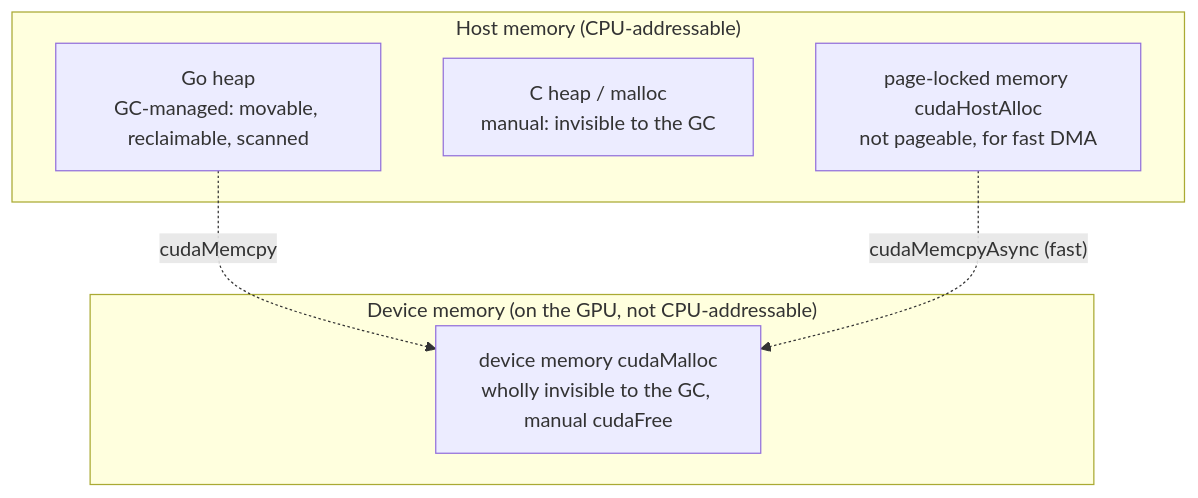
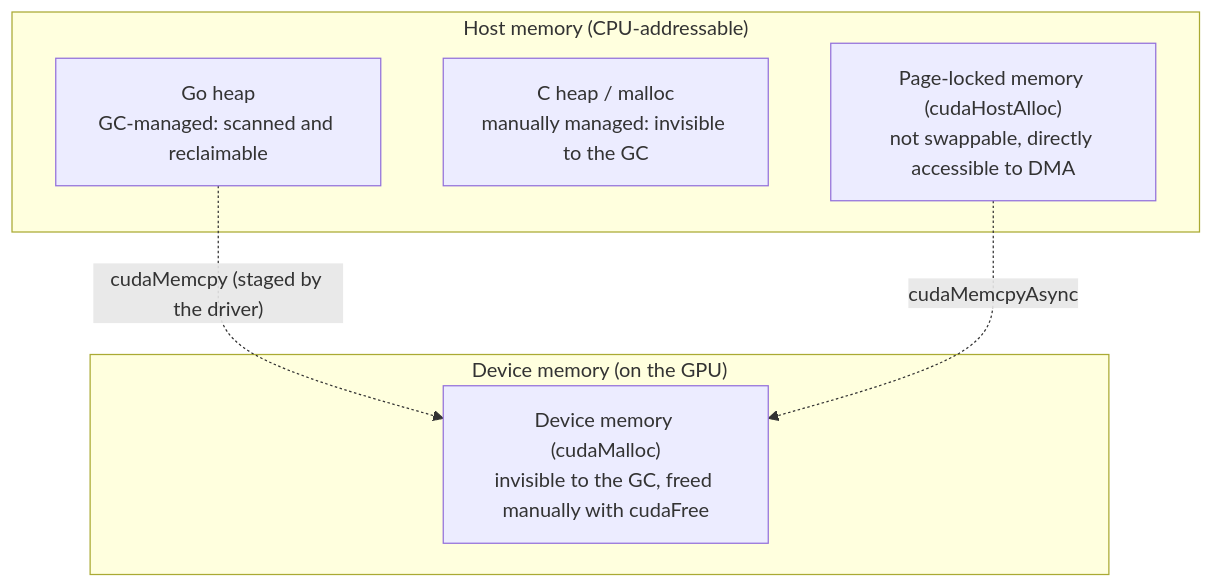
One commit to golang-design/under-the-hood changed the diagram in book/en-us/part6hetero/ch18gpu/memory.md. Above: the diagram before and after it, drawn with Mermaid. The commit also changed other lines of this file and 18 other files, not shown here.

````diff
--- a/book/en-us/part6hetero/ch18gpu/memory.md
+++ b/book/en-us/part6hetero/ch18gpu/memory.md
@@ -20,13 +22,13 @@
 ```mermaid
 flowchart TB
     subgraph host["Host memory (CPU-addressable)"]
-        go["Go heap<br/>GC-managed: movable, reclaimable, scanned"]
-        c["C heap / malloc<br/>manual: invisible to the GC"]
-        pinned["page-locked memory cudaHostAlloc<br/>not pageable, for fast DMA"]
+        go["Go heap<br/>GC-managed: scanned and reclaimable"]
+        c["C heap / malloc<br/>manually managed: invisible to the GC"]
+        pinned["Page-locked memory (cudaHostAlloc)<br/>not swappable, directly accessible to DMA"]
     end
-    subgraph device["Device memory (on the GPU, not CPU-addressable)"]
-        dev["device memory cudaMalloc<br/>wholly invisible to the GC, manual cudaFree"]
+    subgraph device["Device memory (on the GPU)"]
+        dev["Device memory (cudaMalloc)<br/>invisible to the GC, freed manually with cudaFree"]
     end
-    go -. "cudaMemcpy" .-> dev
-    pinned -. "cudaMemcpyAsync (fast)" .-> dev
+    go -. "cudaMemcpy (staged by the driver)" .-> dev
+    pinned -. "cudaMemcpyAsync" .-> dev
 ```
````
